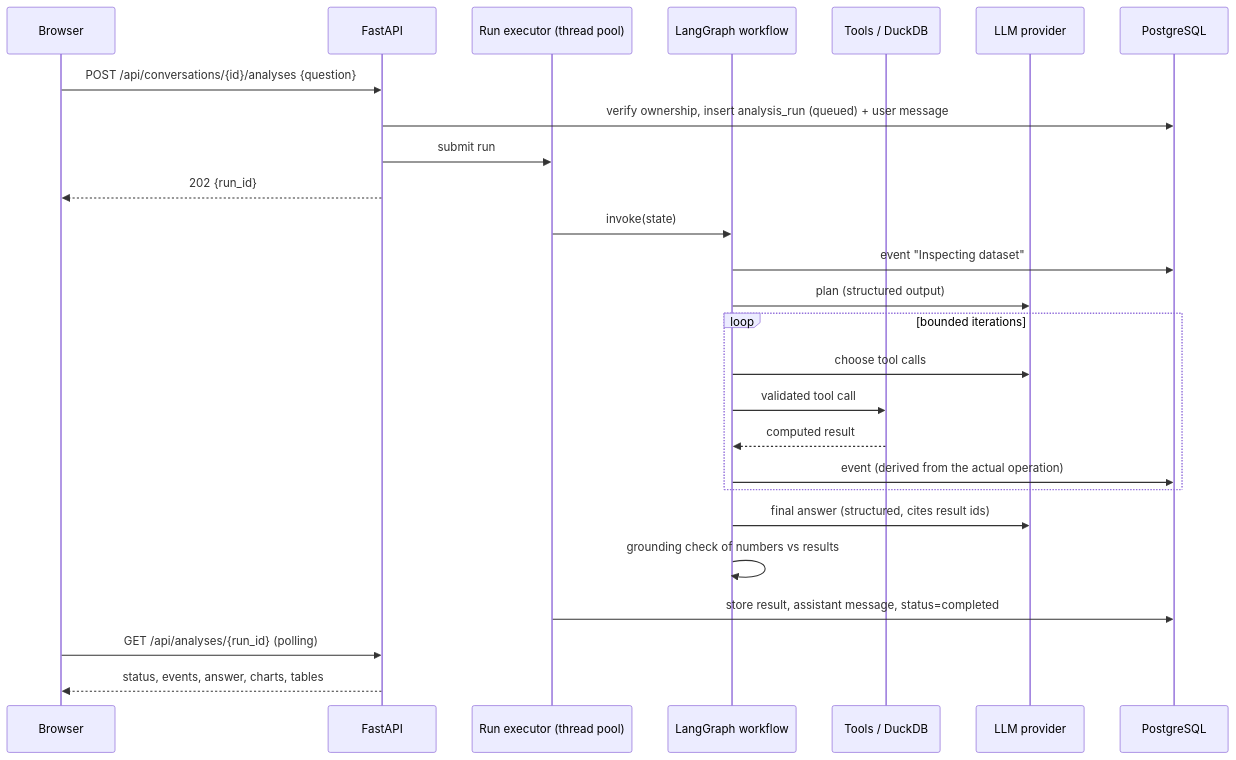
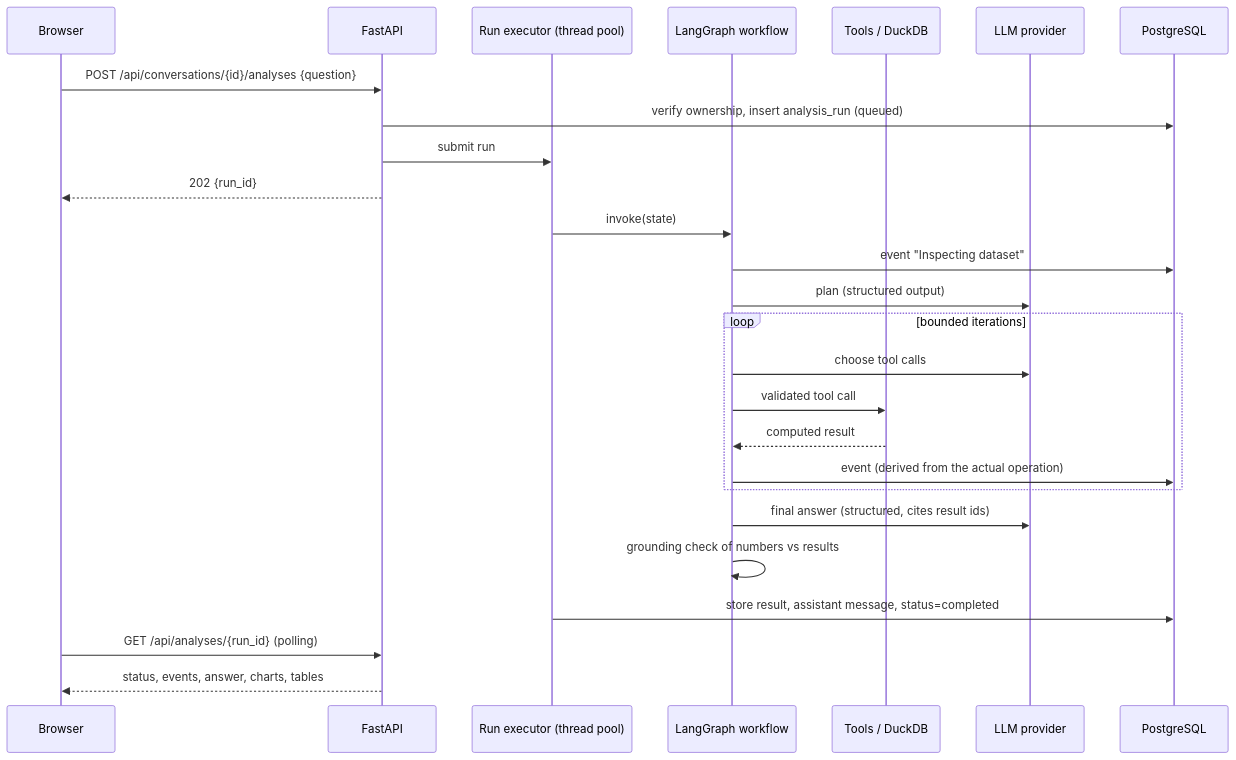
Before and after one commit to param7862989-ops/autonomous-data-analyst: the second of 3 diagrams in docs/ARCHITECTURE.md, drawn with Mermaid. The commit also changed other lines of this file and 11 other files, not shown here.

````diff
--- a/docs/ARCHITECTURE.md
+++ b/docs/ARCHITECTURE.md
@@ -88,29 +93,29 @@
 ```mermaid
 sequenceDiagram
     participant U as Browser
     participant A as FastAPI
     participant R as Run executor (thread pool)
     participant G as LangGraph workflow
     participant T as Tools / DuckDB
     participant L as LLM provider
     participant D as PostgreSQL
 
     U->>A: POST /api/conversations/{id}/analyses {question}
-    A->>D: verify ownership, insert analysis_run (queued) + user message
+    A->>D: verify ownership, insert analysis_run (queued)
     A->>R: submit run
     A-->>U: 202 {run_id}
     R->>G: invoke(state)
     G->>D: event "Inspecting dataset"
     G->>L: plan (structured output)
     loop bounded iterations
         G->>L: choose tool calls
         G->>T: validated tool call
         T-->>G: computed result
         G->>D: event (derived from the actual operation)
     end
     G->>L: final answer (structured, cites result ids)
     G->>G: grounding check of numbers vs results
     R->>D: store result, assistant message, status=completed
     U->>A: GET /api/analyses/{run_id} (polling)
     A-->>U: status, events, answer, charts, tables
 ```
````
